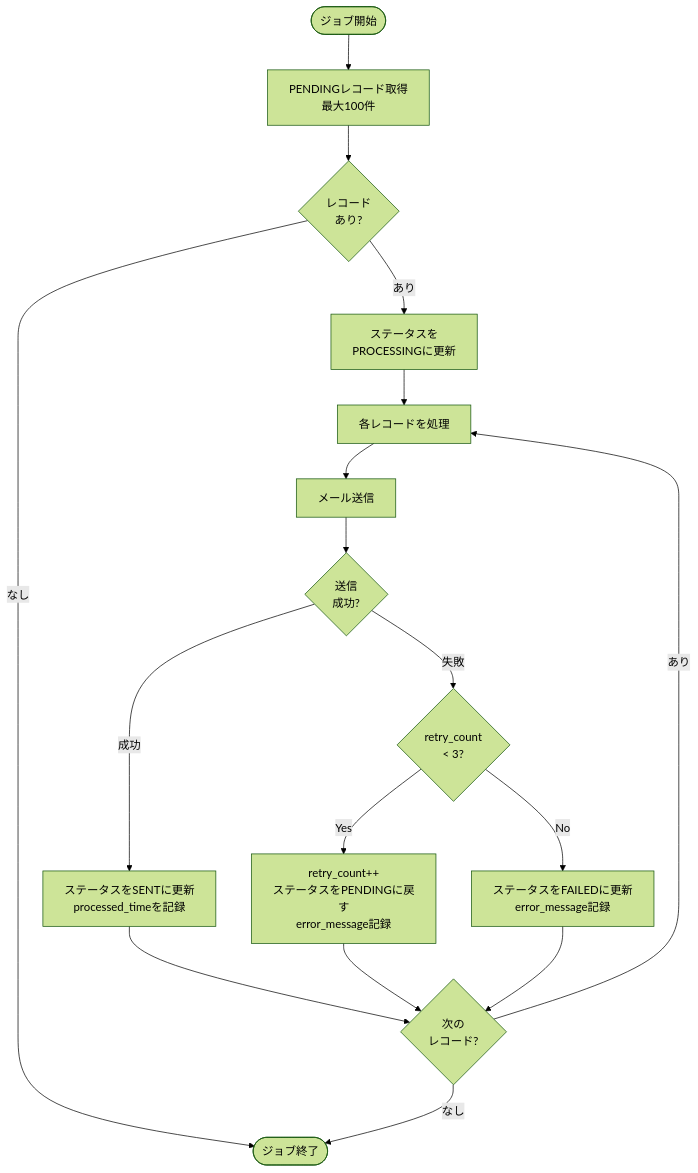
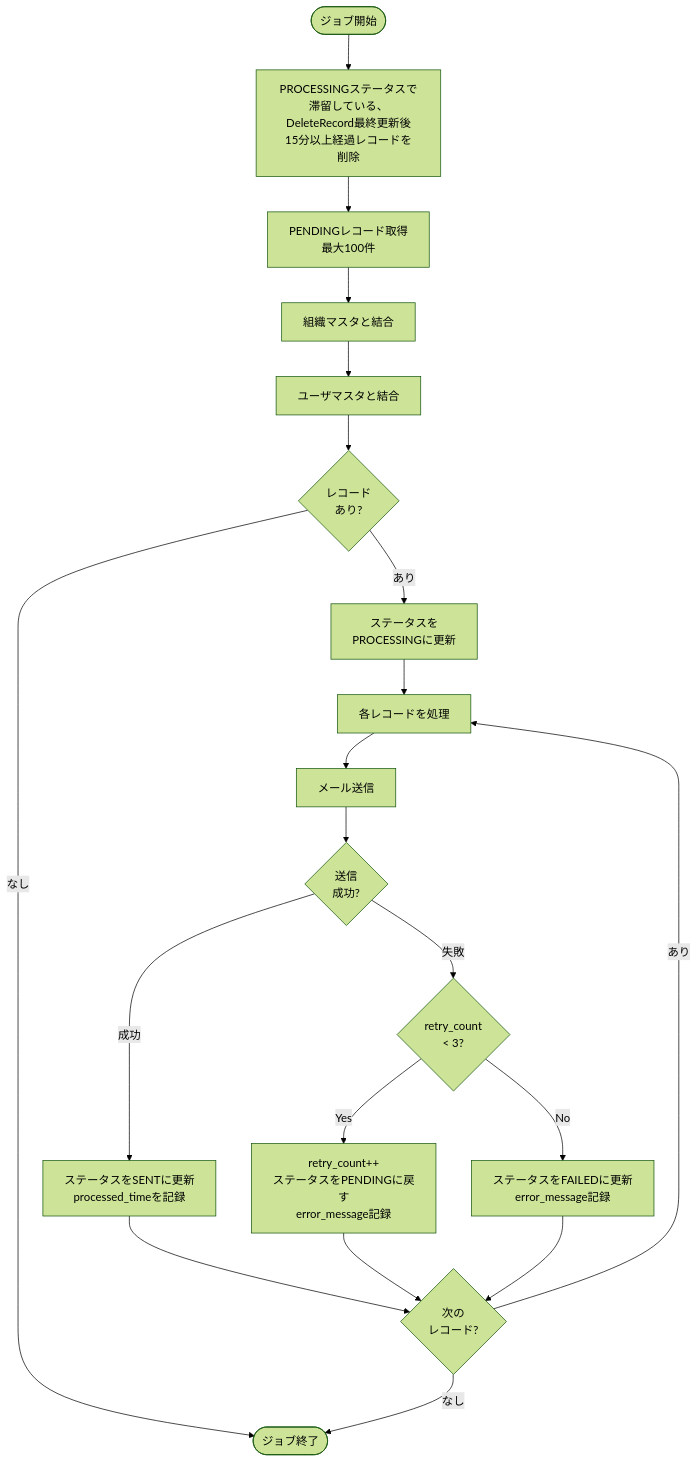
Before and after one commit to NSW-SVCP-AIWG002/Databricks-IoT: the diagram in docs/03-features/batch/scheduled-email-job/job-specification.md, drawn with Mermaid (forest theme). The commit also changed other lines of this file and 9 other files, not shown here.

````diff
--- a/docs/03-features/batch/scheduled-email-job/job-specification.md
+++ b/docs/03-features/batch/scheduled-email-job/job-specification.md
@@ -87,24 +80,27 @@
 ```mermaid
 flowchart TD
-    Start([ジョブ開始]) --> Fetch[PENDINGレコード取得<br>最大100件]
-    Fetch --> Check{レコード<br>あり?}
+    Start([ジョブ開始]) --> DeleteRecord[PROCESSINGステータスで<br>滞留している、DeleteRecord最終更新後<br>15分以上経過レコードを<br>削除]
+    DeleteRecord --> Fetch[PENDINGレコード取得<br>最大100件]
+    Fetch -->JoinOrg[組織マスタと結合]
+    JoinOrg --> JoinUser[ユーザマスタと結合]
+    JoinUser --> Check{レコード<br>あり?}
     Check -->|なし| End([ジョブ終了])
     Check -->|あり| UpdateProcessing[ステータスを<br>PROCESSINGに更新]
     UpdateProcessing --> Loop[各レコードを処理]
 
     Loop --> Send[メール送信]
     Send --> Result{送信<br>成功?}
 
     Result -->|成功| UpdateSent[ステータスをSENTに更新<br>processed_timeを記録]
     Result -->|失敗| CheckRetry{retry_count<br>< 3?}
 
     CheckRetry -->|Yes| IncrementRetry[retry_count++<br>ステータスをPENDINGに戻す<br>error_message記録]
     CheckRetry -->|No| UpdateFailed[ステータスをFAILEDに更新<br>error_message記録]
 
     UpdateSent --> Next{次の<br>レコード?}
     IncrementRetry --> Next
     UpdateFailed --> Next
 
     Next -->|あり| Loop
     Next -->|なし| End
 ```
````
